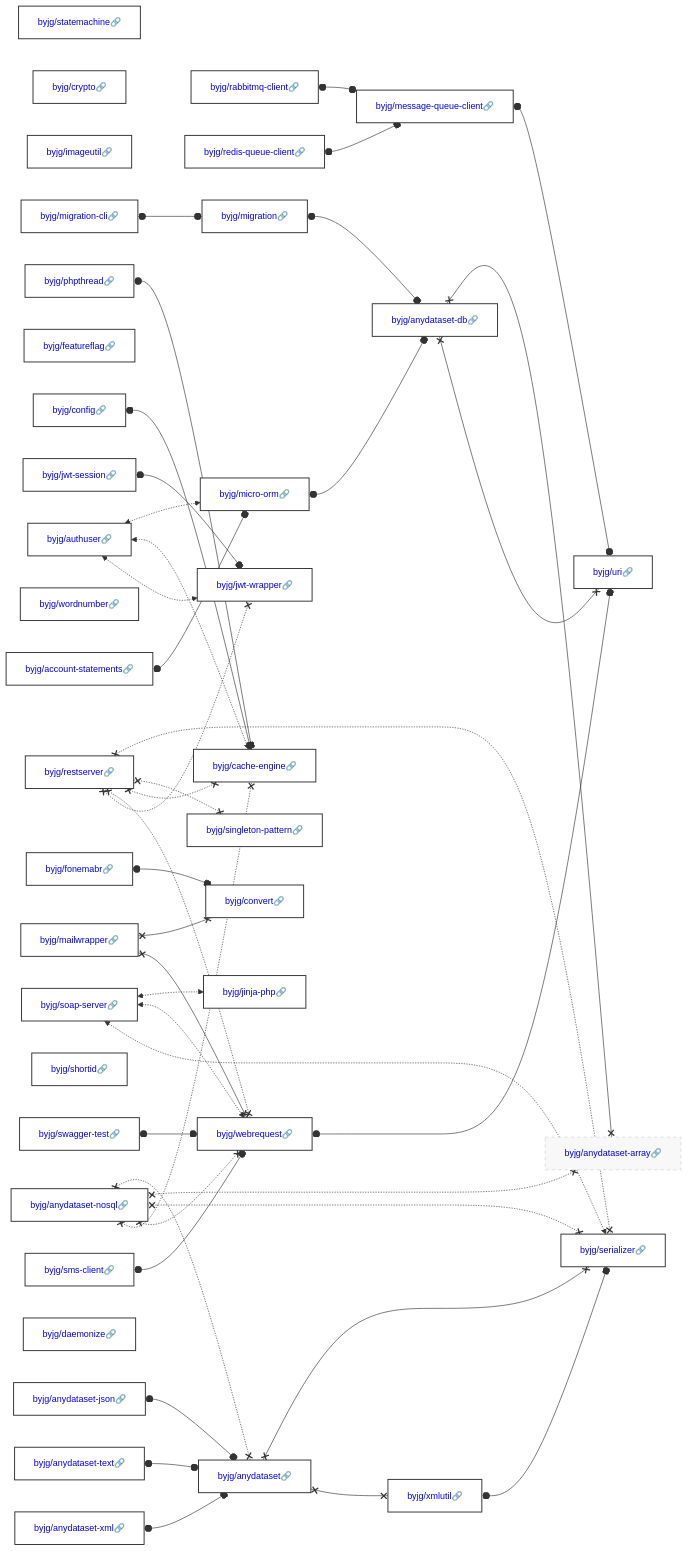
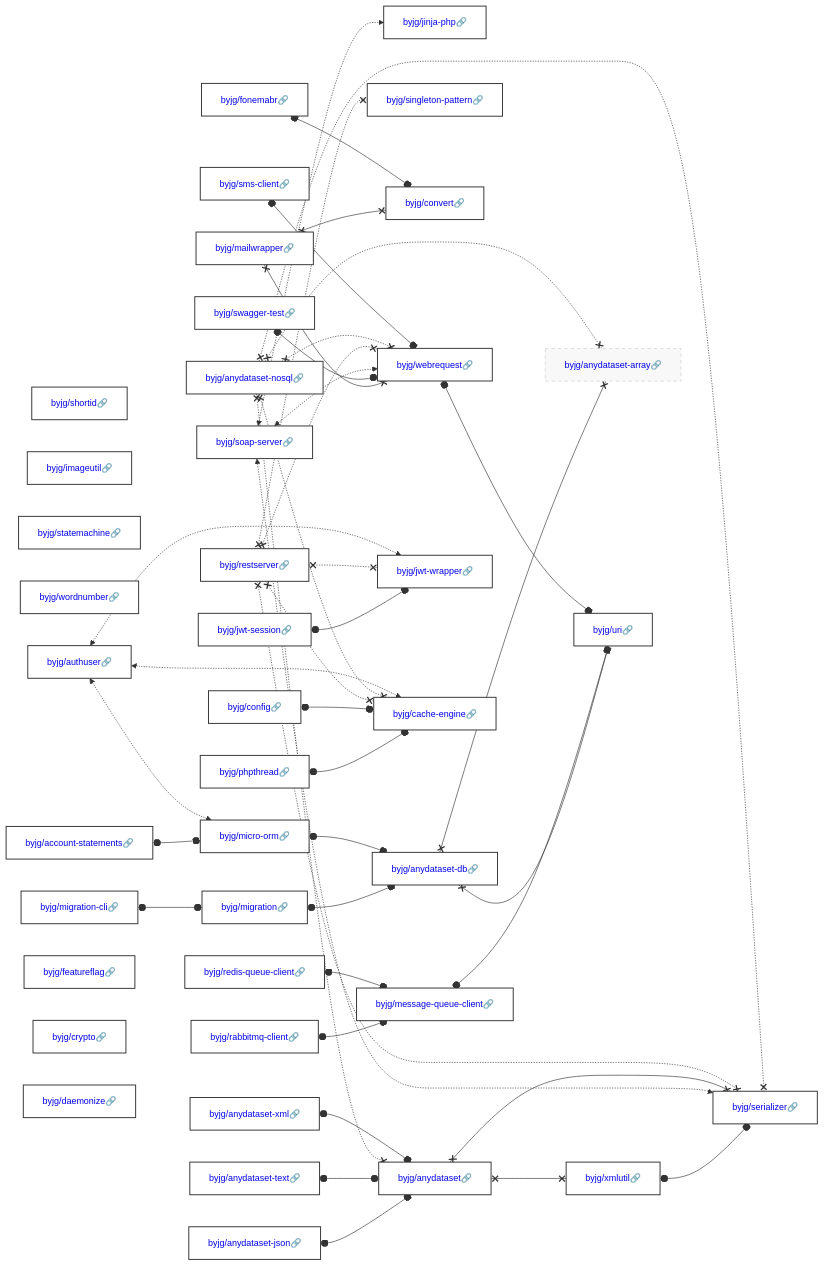
The diagram in docs/php/README.md (byjg/byjg.github.io), drawn with Mermaid before and after one commit. The commit also changed other lines of this file, not shown here.

Commit message:
Update documentation 'php' 'php-soap-server'

````diff
--- a/docs/php/README.md
+++ b/docs/php/README.md
@@ -3,45 +3,45 @@
 ```mermaid
 graph LR;
+  byjg/redis-queue-client[<a href='https://opensource.byjg.com/docs/php/redis-queue-client' style='text-decoration:none'>byjg/redis-queue-client🔗</a>];
+  byjg/shortid[<a href='https://opensource.byjg.com/docs/php/shortid' style='text-decoration:none'>byjg/shortid🔗</a>];
+  byjg/imageutil[<a href='https://opensource.byjg.com/docs/php/imageutil' style='text-decoration:none'>byjg/imageutil🔗</a>];
   byjg/statemachine[<a href='https://opensource.byjg.com/docs/php/statemachine' style='text-decoration:none'>byjg/statemachine🔗</a>];
+  byjg/wordnumber[<a href='https://opensource.byjg.com/docs/php/wordnumber' style='text-decoration:none'>byjg/wordnumber🔗</a>];
+  byjg/phpthread[<a href='https://opensource.byjg.com/docs/php/phpthread' style='text-decoration:none'>byjg/phpthread🔗</a>];
+  byjg/sms-client[<a href='https://opensource.byjg.com/docs/php/sms-client' style='text-decoration:none'>byjg/sms-client🔗</a>];
+  byjg/soap-server[<a href='https://opensource.byjg.com/docs/php/soap-server' style='text-decoration:none'>byjg/soap-server🔗</a>];
+  byjg/fonemabr[<a href='https://opensource.byjg.com/docs/php/fonemabr' style='text-decoration:none'>byjg/fonemabr🔗</a>];
+  byjg/migration-cli[<a href='https://opensource.byjg.com/docs/php/migration-cli' style='text-decoration:none'>byjg/migration-cli🔗</a>];
+  byjg/account-statements[<a href='https://opensource.byjg.com/docs/php/account-statements' style='text-decoration:none'>byjg/account-statements🔗</a>];
+  byjg/anydataset-xml[<a href='https://opensource.byjg.com/docs/php/anydataset-xml' style='text-decoration:none'>byjg/anydataset-xml🔗</a>];
+  byjg/rabbitmq-client[<a href='https://opensource.byjg.com/docs/php/rabbitmq-client' style='text-decoration:none'>byjg/rabbitmq-client🔗</a>];
+  byjg/authuser[<a href='https://opensource.byjg.com/docs/php/authuser' style='text-decoration:none'>byjg/authuser🔗</a>];
+  byjg/anydataset-nosql[<a href='https://opensource.byjg.com/docs/php/anydataset-nosql' style='text-decoration:none'>byjg/anydataset-nosql🔗</a>];
+  byjg/featureflag[<a href='https://opensource.byjg.com/docs/php/featureflag' style='text-decoration:none'>byjg/featureflag🔗</a>];
+  byjg/swagger-test[<a href='https://opensource.byjg.com/docs/php/swagger-test' style='text-decoration:none'>byjg/swagger-test🔗</a>];
+  byjg/restserver[<a href='https://opensource.byjg.com/docs/php/restserver' style='text-decoration:none'>byjg/restserver🔗</a>];
+  byjg/anydataset-json[<a href='https://opensource.byjg.com/docs/php/anydataset-json' style='text-decoration:none'>byjg/anydataset-json🔗</a>];
   byjg/crypto[<a href='https://opensource.byjg.com/docs/php/crypto' style='text-decoration:none'>byjg/crypto🔗</a>];
-  byjg/imageutil[<a href='https://opensource.byjg.com/docs/php/imageutil' style='text-decoration:none'>byjg/imageutil🔗</a>];
-  byjg/sms-client[<a href='https://opensource.byjg.com/docs/php/sms-client' style='text-decoration:none'>byjg/sms-client🔗</a>];
+  byjg/mailwrapper[<a href='https://opensource.byjg.com/docs/php/mailwrapper' style='text-decoration:none'>byjg/mailwrapper🔗</a>];
+  byjg/anydataset-text[<a href='https://opensource.byjg.com/docs/php/anydataset-text' style='text-decoration:none'>byjg/anydataset-text🔗</a>];
   byjg/jwt-session[<a href='https://opensource.byjg.com/docs/php/jwt-session' style='text-decoration:none'>byjg/jwt-session🔗</a>];
-  byjg/featureflag[<a href='https://opensource.byjg.com/docs/php/featureflag' style='text-decoration:none'>byjg/featureflag🔗</a>];
-  byjg/migration-cli[<a href='https://opensource.byjg.com/docs/php/migration-cli' style='text-decoration:none'>byjg/migration-cli🔗</a>];
-  byjg/phpthread[<a href='https://opensource.byjg.com/docs/php/phpthread' style='text-decoration:none'>byjg/phpthread🔗</a>];
-  byjg/anydataset-nosql[<a href='https://opensource.byjg.com/docs/php/anydataset-nosql' style='text-decoration:none'>byjg/anydataset-nosql🔗</a>];
-  byjg/wordnumber[<a href='https://opensource.byjg.com/docs/php/wordnumber' style='text-decoration:none'>byjg/wordnumber🔗</a>];
-  byjg/restserver[<a href='https://opensource.byjg.com/docs/php/restserver' style='text-decoration:none'>byjg/restserver🔗</a>];
+  byjg/daemonize[<a href='https://opensource.byjg.com/docs/php/daemonize' style='text-decoration:none'>byjg/daemonize🔗</a>];
   byjg/config[<a href='https://opensource.byjg.com/docs/php/config' style='text-decoration:none'>byjg/config🔗</a>];
-  byjg/fonemabr[<a href='https://opensource.byjg.com/docs/php/fonemabr' style='text-decoration:none'>byjg/fonemabr🔗</a>];
-  byjg/soap-server[<a href='https://opensource.byjg.com/docs/php/soap-server' style='text-decoration:none'>byjg/soap-server🔗</a>];
-  byjg/anydataset-text[<a href='https://opensource.byjg.com/docs/php/anydataset-text' style='text-decoration:none'>byjg/anydataset-text🔗</a>];
-  byjg/shortid[<a href='https://opensource.byjg.com/docs/php/shortid' style='text-decoration:none'>byjg/shortid🔗</a>];
-  byjg/authuser[<a href='https://opensource.byjg.com/docs/php/authuser' style='text-decoration:none'>byjg/authuser🔗</a>];
-  byjg/rabbitmq-client[<a href='https://opensource.byjg.com/docs/php/rabbitmq-client' style='text-decoration:none'>byjg/rabbitmq-client🔗</a>];
-  byjg/swagger-test[<a href='https://opensource.byjg.com/docs/php/swagger-test' style='text-decoration:none'>byjg/swagger-test🔗</a>];
-  byjg/redis-queue-client[<a href='https://opensource.byjg.com/docs/php/redis-queue-client' style='text-decoration:none'>byjg/redis-queue-client🔗</a>];
-  byjg/anydataset-xml[<a href='https://opensource.byjg.com/docs/php/anydataset-xml' style='text-decoration:none'>byjg/anydataset-xml🔗</a>];
-  byjg/daemonize[<a href='https://opensource.byjg.com/docs/php/daemonize' style='text-decoration:none'>byjg/daemonize🔗</a>];
-  byjg/anydataset-json[<a href='https://opensource.byjg.com/docs/php/anydataset-json' style='text-decoration:none'>byjg/anydataset-json🔗</a>];
-  byjg/mailwrapper[<a href='https://opensource.byjg.com/docs/php/mailwrapper' style='text-decoration:none'>byjg/mailwrapper🔗</a>];
-  byjg/account-statements[<a href='https://opensource.byjg.com/docs/php/account-statements' style='text-decoration:none'>byjg/account-statements🔗</a>];
+  byjg/jinja-php[<a href='https://opensource.byjg.com/docs/php/jinja-php' style='text-decoration:none'>byjg/jinja-php🔗</a>];
   byjg/migration[<a href='https://opensource.byjg.com/docs/php/migration' style='text-decoration:none'>byjg/migration🔗</a>];
+  byjg/message-queue-client[<a href='https://opensource.byjg.com/docs/php/message-queue-client' style='text-decoration:none'>byjg/message-queue-client🔗</a>];
+  byjg/micro-orm[<a href='https://opensource.byjg.com/docs/php/micro-orm' style='text-decoration:none'>byjg/micro-orm🔗</a>];
   byjg/singleton-pattern[<a href='https://opensource.byjg.com/docs/php/singleton-pattern' style='text-decoration:none'>byjg/singleton-pattern🔗</a>];
-  byjg/jinja-php[<a href='https://opensource.byjg.com/docs/php/jinja-php' style='text-decoration:none'>byjg/jinja-php🔗</a>];
-  byjg/cache-engine[<a href='https://opensource.byjg.com/docs/php/cache-engine' style='text-decoration:none'>byjg/cache-engine🔗</a>];
-  byjg/jwt-wrapper[<a href='https://opensource.byjg.com/docs/php/jwt-wrapper' style='text-decoration:none'>byjg/jwt-wrapper🔗</a>];
-  byjg/message-queue-client[<a href='https://opensource.byjg.com/docs/php/message-queue-client' style='text-decoration:none'>byjg/message-queue-client🔗</a>];
-  byjg/anydataset[<a href='https://opensource.byjg.com/docs/php/anydataset' style='text-decoration:none'>byjg/anydataset🔗</a>];
   byjg/convert[<a href='https://opensource.byjg.com/docs/php/convert' style='text-decoration:none'>byjg/convert🔗</a>];
   byjg/webrequest[<a href='https://opensource.byjg.com/docs/php/webrequest' style='text-decoration:none'>byjg/webrequest🔗</a>];
-  byjg/micro-orm[<a href='https://opensource.byjg.com/docs/php/micro-orm' style='text-decoration:none'>byjg/micro-orm🔗</a>];
+  byjg/anydataset[<a href='https://opensource.byjg.com/docs/php/anydataset' style='text-decoration:none'>byjg/anydataset🔗</a>];
+  byjg/jwt-wrapper[<a href='https://opensource.byjg.com/docs/php/jwt-wrapper' style='text-decoration:none'>byjg/jwt-wrapper🔗</a>];
+  byjg/cache-engine[<a href='https://opensource.byjg.com/docs/php/cache-engine' style='text-decoration:none'>byjg/cache-engine🔗</a>];
+  byjg/anydataset-db[<a href='https://opensource.byjg.com/docs/php/anydataset-db' style='text-decoration:none'>byjg/anydataset-db🔗</a>];
   byjg/xmlutil[<a href='https://opensource.byjg.com/docs/php/xmlutil' style='text-decoration:none'>byjg/xmlutil🔗</a>];
-  byjg/anydataset-db[<a href='https://opensource.byjg.com/docs/php/anydataset-db' style='text-decoration:none'>byjg/anydataset-db🔗</a>];
-  byjg/serializer[<a href='https://opensource.byjg.com/docs/php/serializer' style='text-decoration:none'>byjg/serializer🔗</a>];
   byjg/anydataset-array[<a href='https://opensource.byjg.com/docs/php/anydataset-array' style='text-decoration:none'>byjg/anydataset-array🔗</a>];
   byjg/uri[<a href='https://opensource.byjg.com/docs/php/uri' style='text-decoration:none'>byjg/uri🔗</a>];
+  byjg/serializer[<a href='https://opensource.byjg.com/docs/php/serializer' style='text-decoration:none'>byjg/serializer🔗</a>];
   byjg/mailwrapper x--x byjg/convert;
   byjg/mailwrapper x--x byjg/webrequest;
   byjg/xmlutil o--o byjg/serializer;
````
